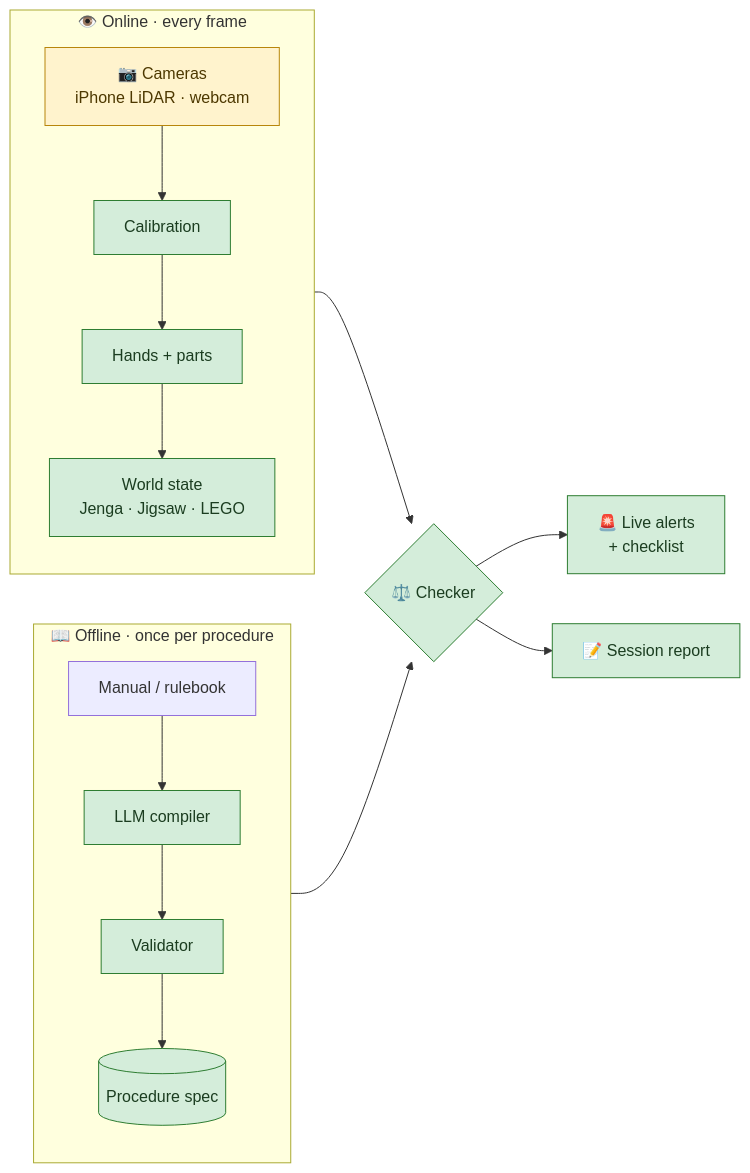
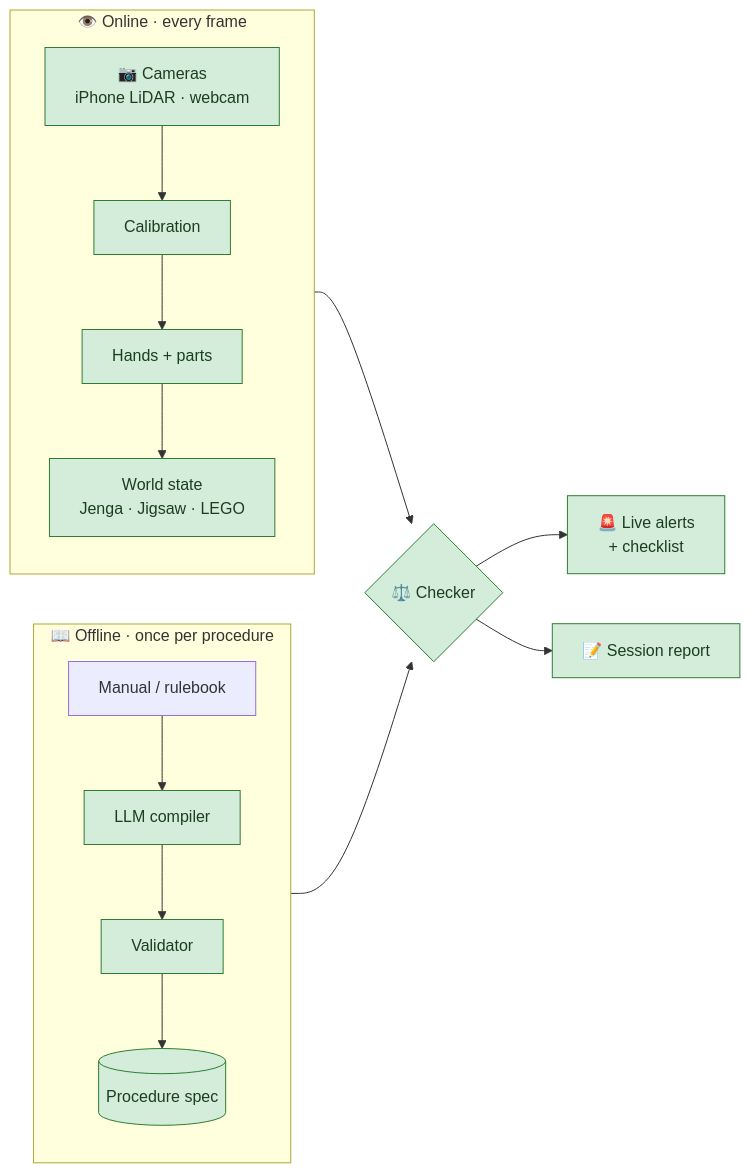
Before and after one commit to AaditPani-RVU/ThirdEye: the diagram in README.md, drawn with Mermaid. The commit also changed other lines of this file and 95 other files, not shown here.

````diff
--- a/README.md
+++ b/README.md
@@ -100,26 +101,25 @@
 ```mermaid
 flowchart LR
     subgraph OFF["📖 Offline · once per procedure"]
         direction TB
         M["Manual / rulebook"] --> L["LLM compiler"]
         L --> V["Validator"]
         V --> G[("Procedure spec")]
     end
 
     subgraph ON["👁️ Online · every frame"]
         direction TB
         CAM["📷 Cameras<br/>iPhone LiDAR · webcam"] --> K["Calibration"]
         K --> HP["Hands + parts"]
         HP --> S["World state<br/>Jenga · Jigsaw · LEGO"]
     end
 
     G --> C{"⚖️ Checker"}
     S --> C
     C --> A["🚨 Live alerts<br/>+ checklist"]
     C --> R["📝 Session report"]
 
     classDef done fill:#d4edda,stroke:#2e7d32,color:#1b3d20
     classDef todo fill:#fff3cd,stroke:#b8860b,color:#4d3800
-    class L,V,G,K,HP,S,C,A,R done
-    class CAM todo
+    class L,V,G,K,HP,S,C,A,R,CAM done
 ```
````
